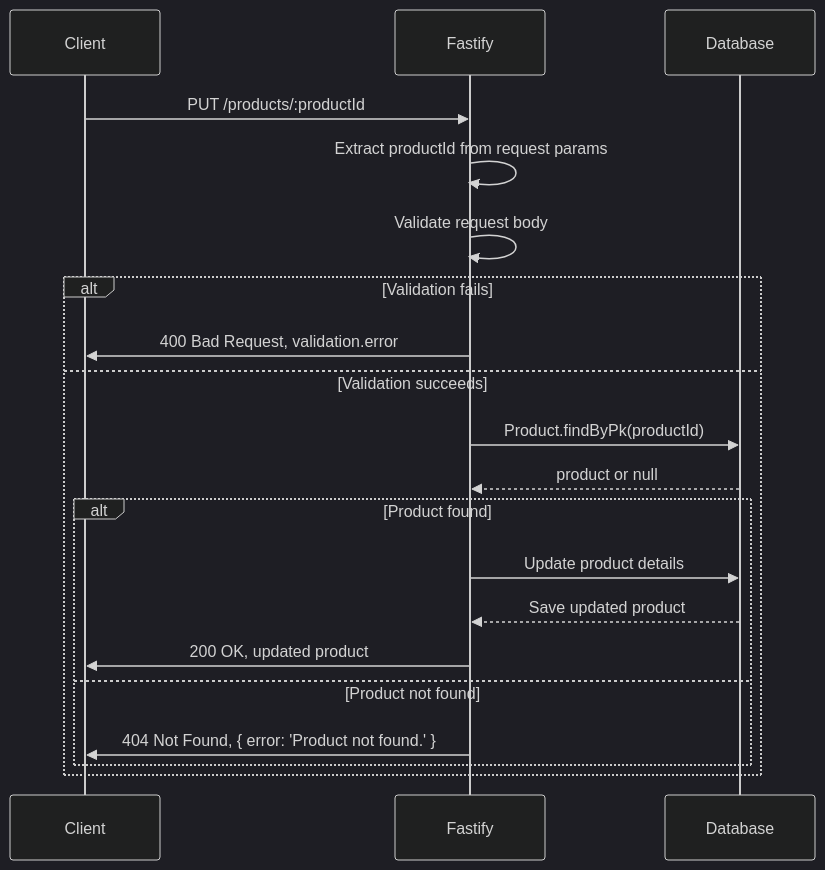
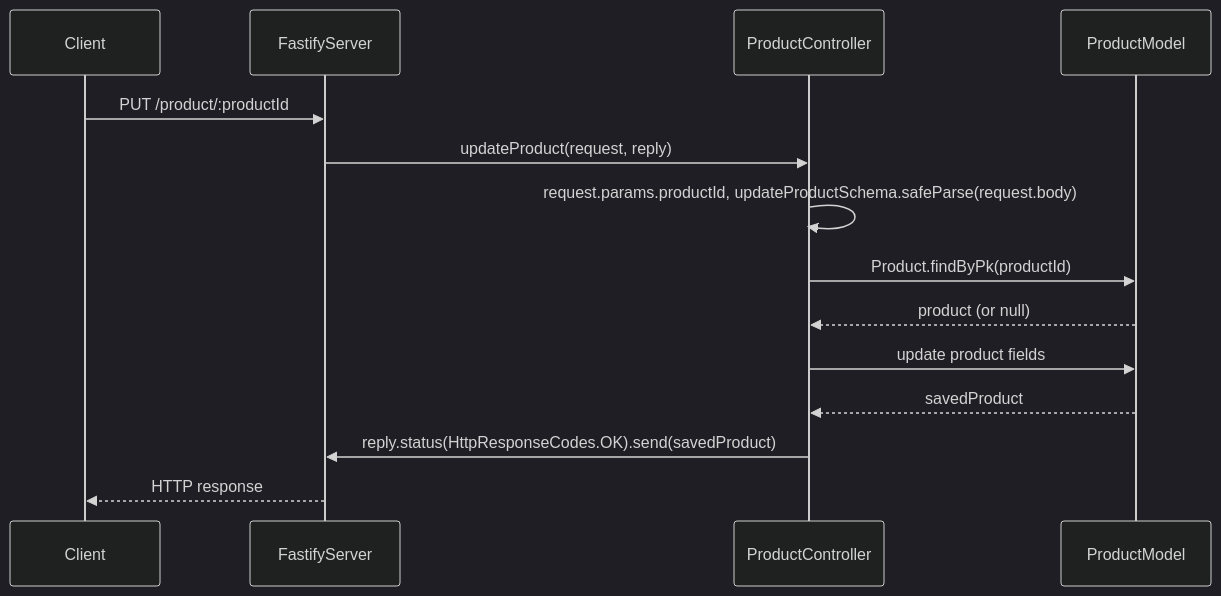
The fourth of 4 diagrams in src/modules/product/README.md (JohnsonJay/pos), drawn with Mermaid (dark theme) before and after one commit. The commit also changed other lines of this file, not shown here.

Commit message:
sequence diagrams for products module

````diff
--- a/src/modules/product/README.md
+++ b/src/modules/product/README.md
@@ -64,23 +54,18 @@
 ```mermaid
 sequenceDiagram
     participant Client
-    participant Fastify
-    participant Database
+    participant FastifyServer
+    participant ProductController
+    participant ProductModel
 
-    Client->>Fastify: PUT /products/:productId
-    Fastify->>Fastify: Extract productId from request params
-    Fastify->>Fastify: Validate request body
-    alt Validation fails
-        Fastify->>Client: 400 Bad Request, validation.error
-    else Validation succeeds
-        Fastify->>Database: Product.findByPk(productId)
-        Database-->>Fastify: product or null
-        alt Product found
-            Fastify->>Database: Update product details
-            Database-->>Fastify: Save updated product
-            Fastify->>Client: 200 OK, updated product
-        else Product not found
-            Fastify->>Client: 404 Not Found, { error: 'Product not found.' }
-        end
-    end
+    Client->>FastifyServer: PUT /product/:productId
+    FastifyServer->>ProductController: updateProduct(request, reply)
+    ProductController->>ProductController: request.params.productId, updateProductSchema.safeParse(request.body)
+    ProductController->>ProductModel: Product.findByPk(productId)
+    ProductModel-->>ProductController: product (or null)
+    ProductController->>ProductModel: update product fields
+    ProductModel-->>ProductController: savedProduct
+    ProductController->>FastifyServer: reply.status(HttpResponseCodes.OK).send(savedProduct)
+    FastifyServer-->>Client: HTTP response
+
 ```
````
